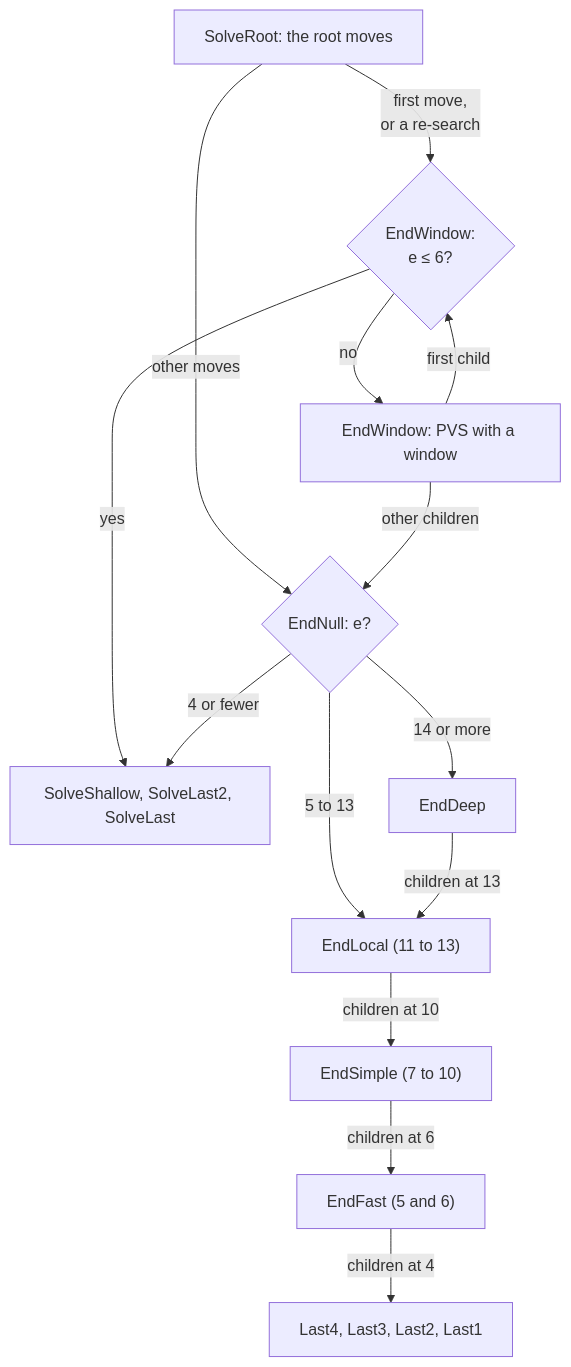
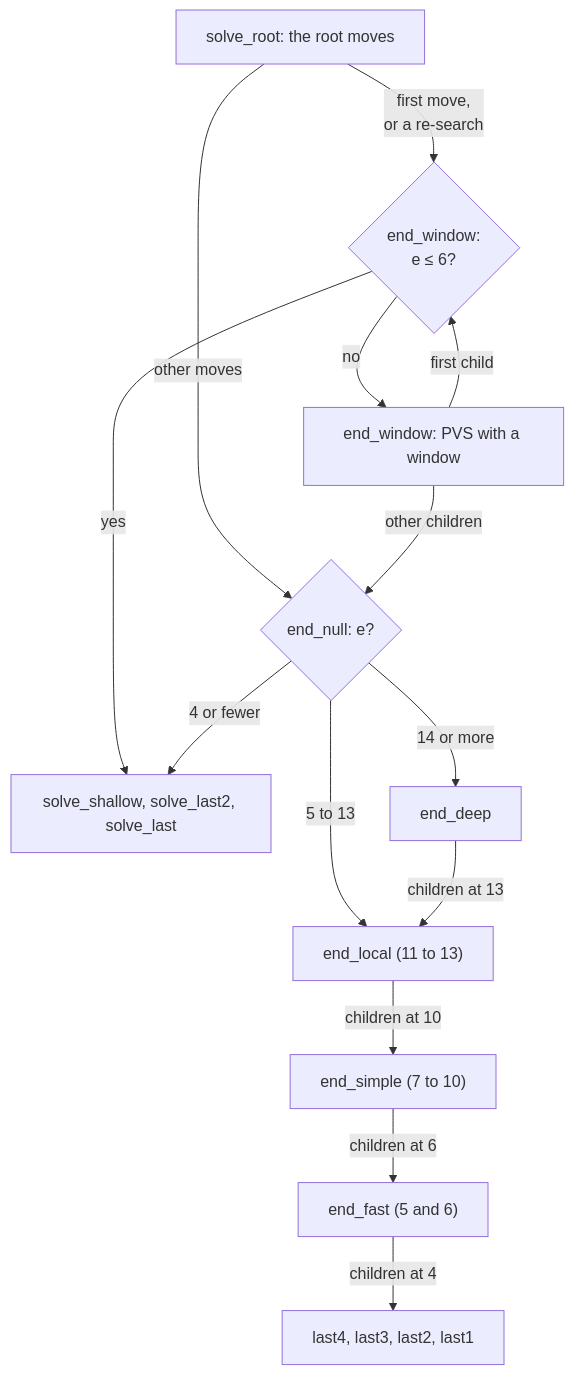
One commit to cjp-dev/Stello changed the second of 2 diagrams in docs/08-endgame-solver.md. Above: the diagram before and after it, drawn with Mermaid. The commit also changed other lines of this file and 26 other files, not shown here.

````diff
--- a/docs/08-endgame-solver.md
+++ b/docs/08-endgame-solver.md
@@ -96,16 +105,16 @@
 ```mermaid
 flowchart TD
-    Root["SolveRoot: the root moves"] -- "first move,<br/>or a re-search" --> PV{"EndWindow:<br/>e ≤ 6?"}
-    Root -- "other moves" --> NW{"EndNull: e?"}
-    PV -- "no" --> Window["EndWindow: PVS with a window"]
+    Root["solve_root: the root moves"] -- "first move,<br/>or a re-search" --> PV{"end_window:<br/>e ≤ 6?"}
+    Root -- "other moves" --> NW{"end_null: e?"}
+    PV -- "no" --> Window["end_window: PVS with a window"]
     Window -- "first child" --> PV
     Window -- "other children" --> NW
-    PV -- "yes" --> Shallow["SolveShallow, SolveLast2, SolveLast"]
-    NW -- "14 or more" --> Deep["EndDeep"]
-    NW -- "5 to 13" --> Local["EndLocal (11 to 13)"]
+    PV -- "yes" --> Shallow["solve_shallow, solve_last2, solve_last"]
+    NW -- "14 or more" --> Deep["end_deep"]
+    NW -- "5 to 13" --> Local["end_local (11 to 13)"]
     NW -- "4 or fewer" --> Shallow
     Deep -- "children at 13" --> Local
-    Local -- "children at 10" --> Simple["EndSimple (7 to 10)"]
-    Simple -- "children at 6" --> Fast["EndFast (5 and 6)"]
-    Fast -- "children at 4" --> Last["Last4, Last3, Last2, Last1"]
+    Local -- "children at 10" --> Simple["end_simple (7 to 10)"]
+    Simple -- "children at 6" --> Fast["end_fast (5 and 6)"]
+    Fast -- "children at 4" --> Last["last4, last3, last2, last1"]
 ```
````
